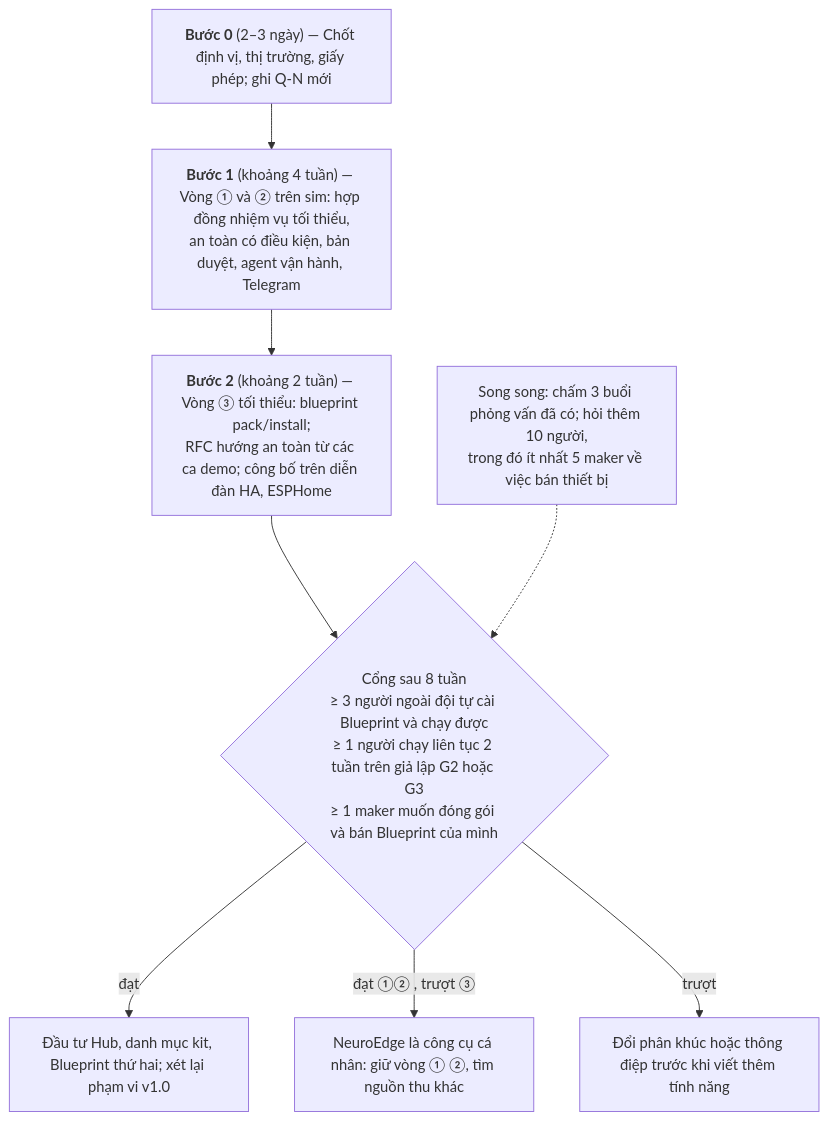
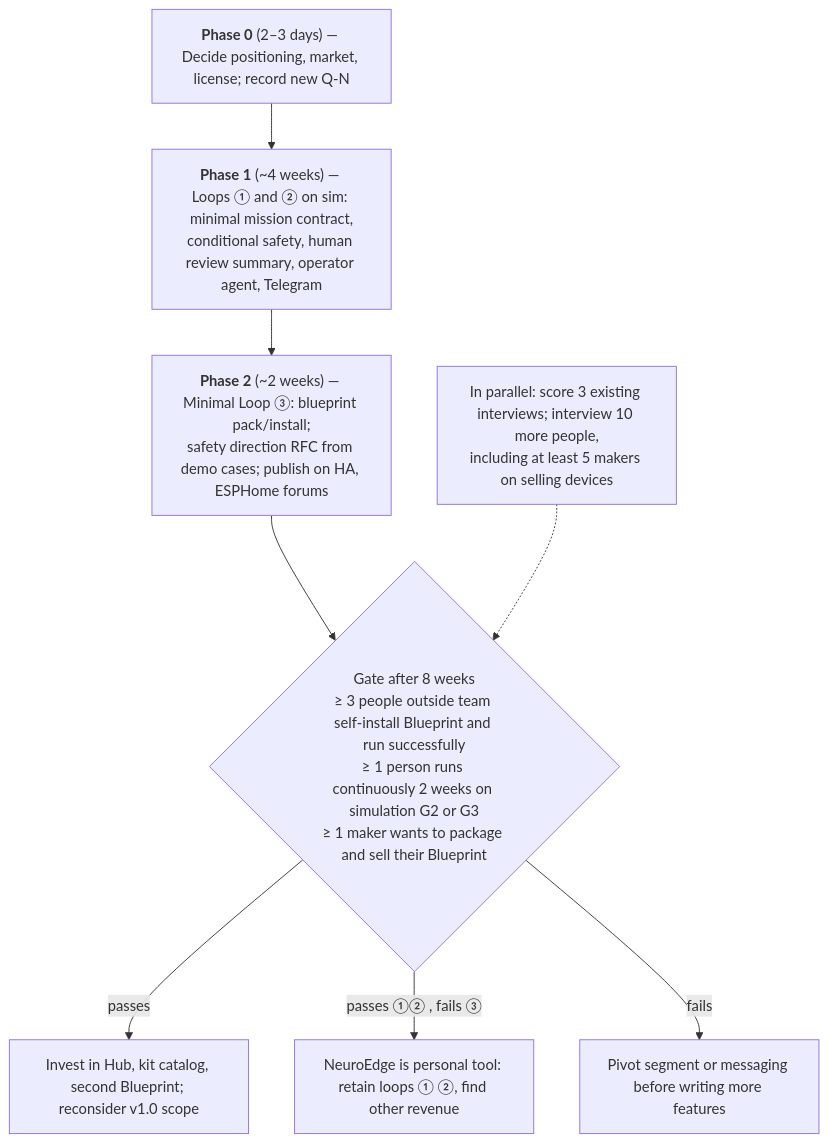
One commit to letrongminh/neuroedge-init changed the third of 3 diagrams in docs/business/proposal-blueprint-2026-10-11.md. Above: the diagram before and after it, drawn with Mermaid. The commit also changed other lines of this file and 57 other files, not shown here.

Commit message:
docs in English: spec, architecture 00-05, RFCs, user docs, kits, partner guides, demos, reports, Blueprint proposal

````diff
--- a/docs/business/proposal-blueprint-2026-10-11.md
+++ b/docs/business/proposal-blueprint-2026-10-11.md
@@ -367,13 +367,13 @@
 ```mermaid
 flowchart TD
-    P0["<b>Bước 0</b> (2–3 ngày) — Chốt định vị, thị trường, giấy phép; ghi Q-N mới"]
-    P1["<b>Bước 1</b> (khoảng 4 tuần) — Vòng ① và ② trên sim: hợp đồng nhiệm vụ tối thiểu,<br/>an toàn có điều kiện, bản duyệt, agent vận hành, Telegram"]
-    P2["<b>Bước 2</b> (khoảng 2 tuần) — Vòng ③ tối thiểu: blueprint pack/install;<br/>RFC hướng an toàn từ các ca demo; công bố trên diễn đàn HA, ESPHome"]
-    IV["Song song: chấm 3 buổi phỏng vấn đã có; hỏi thêm 10 người,<br/>trong đó ít nhất 5 maker về việc bán thiết bị"]
-    G{"Cổng sau 8 tuần<br/>≥ 3 người ngoài đội tự cài Blueprint và chạy được<br/>≥ 1 người chạy liên tục 2 tuần trên giả lập G2 hoặc G3<br/>≥ 1 maker muốn đóng gói và bán Blueprint của mình"}
+    P0["<b>Phase 0</b> (2–3 days) — Decide positioning, market, license; record new Q-N"]
+    P1["<b>Phase 1</b> (~4 weeks) — Loops ① and ② on sim: minimal mission contract,<br/>conditional safety, human review summary, operator agent, Telegram"]
+    P2["<b>Phase 2</b> (~2 weeks) — Minimal Loop ③: blueprint pack/install;<br/>safety direction RFC from demo cases; publish on HA, ESPHome forums"]
+    IV["In parallel: score 3 existing interviews; interview 10 more people,<br/>including at least 5 makers on selling devices"]
+    G{"Gate after 8 weeks<br/>≥ 3 people outside team self-install Blueprint and run successfully<br/>≥ 1 person runs continuously 2 weeks on simulation G2 or G3<br/>≥ 1 maker wants to package and sell their Blueprint"}
     P0 --> P1 --> P2 --> G
     IV -.-> G
-    G -- đạt --> Y["Đầu tư Hub, danh mục kit, Blueprint thứ hai; xét lại phạm vi v1.0"]
-    G -- "đạt ①② , trượt ③" --> M["NeuroEdge là công cụ cá nhân: giữ vòng ① ②, tìm nguồn thu khác"]
-    G -- trượt --> N["Đổi phân khúc hoặc thông điệp trước khi viết thêm tính năng"]
+    G -- passes --> Y["Invest in Hub, kit catalog, second Blueprint; reconsider v1.0 scope"]
+    G -- "passes ①② , fails ③" --> M["NeuroEdge is personal tool: retain loops ① ②, find other revenue"]
+    G -- fails --> N["Pivot segment or messaging before writing more features"]
 ```
````
